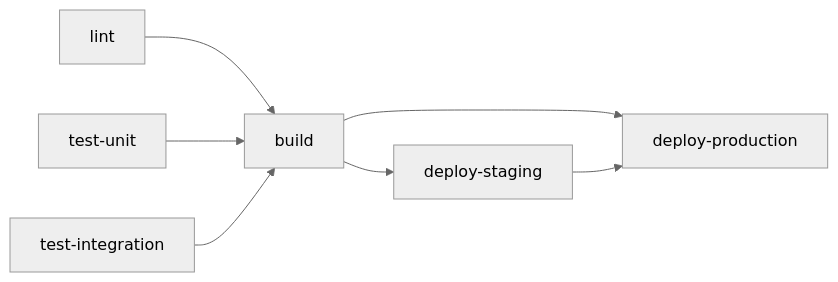
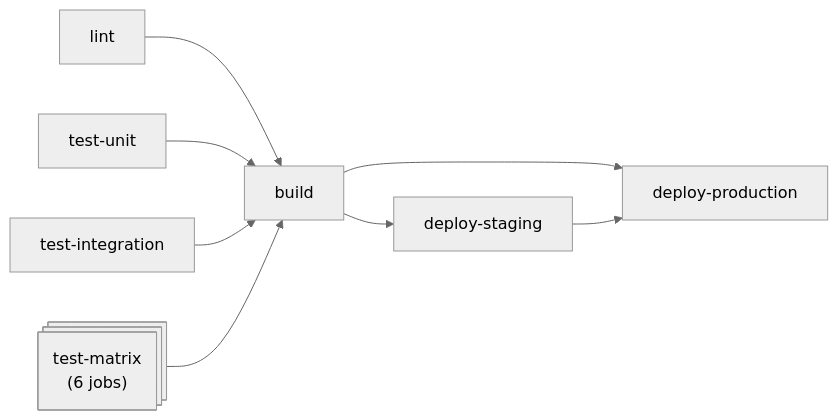
One commit to stebje/gh-wf2mmd changed the second of 2 diagrams in README.md. Above: the diagram before and after it, drawn with Mermaid (neutral theme). The commit also changed other lines of this file and 5 other files, not shown here.

Commit message:
Improve styling for matrix jobs

````diff
--- a/README.md
+++ b/README.md
@@ -108,12 +114,14 @@
 ```mermaid
 flowchart LR
     lint
     test-unit
     test-integration
+    test-matrix@{ shape: procs, label: "test-matrix\n(6 jobs)"}
     lint --> build
     test-unit --> build
     test-integration --> build
+    test-matrix --> build
     build --> deploy-staging
     build --> deploy-production
     deploy-staging --> deploy-production
 ```
````
